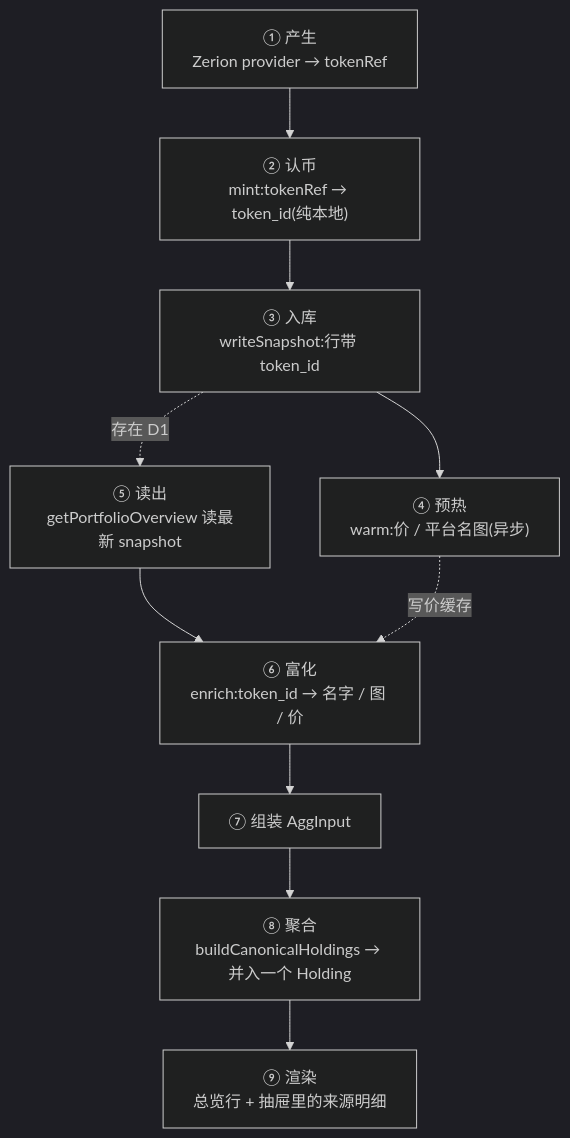
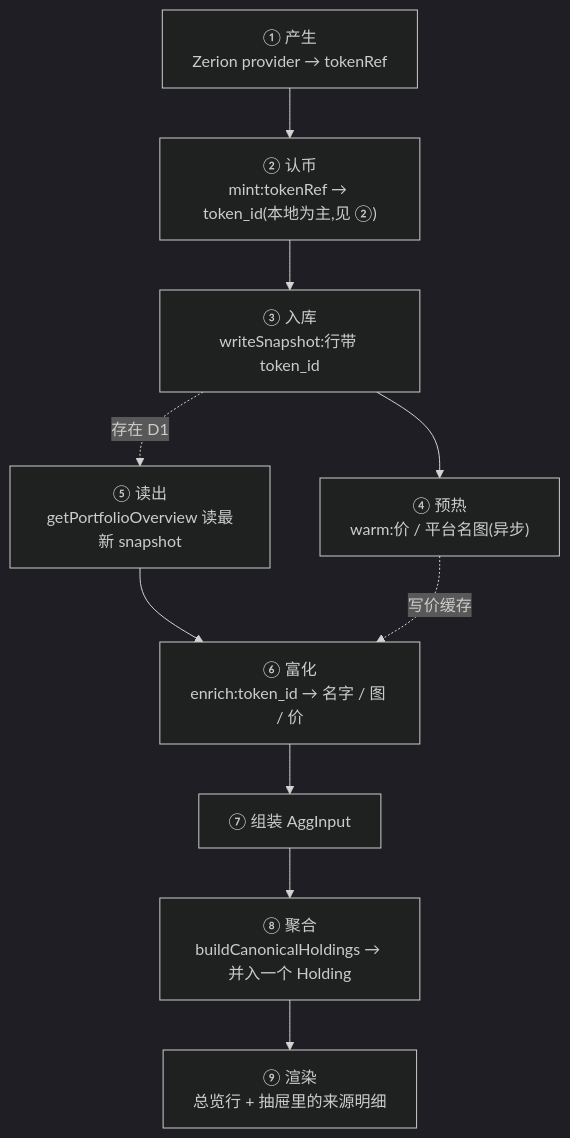
One commit to x0finch/folio2 changed the diagram in docs/architecture/02-canonical-aggregation.md. Above: the diagram before and after it, drawn with Mermaid (dark theme). The commit also changed other lines of this file and 1 other file, not shown here.

First line of the commit message:
docs(architecture): scope the "mint never hits the network" claim

````diff
--- a/docs/architecture/02-canonical-aggregation.md
+++ b/docs/architecture/02-canonical-aggregation.md
@@ -7,12 +7,12 @@
 ```mermaid
 flowchart TD
-    P["① 产生<br/>Zerion provider → tokenRef"] --> M["② 认币<br/>mint:tokenRef → token_id(纯本地)"]
+    P["① 产生<br/>Zerion provider → tokenRef"] --> M["② 认币<br/>mint:tokenRef → token_id(本地为主,见 ②)"]
     M --> S["③ 入库<br/>writeSnapshot:行带 token_id"]
     S --> W["④ 预热<br/>warm:价 / 平台名图(异步)"]
     R["⑤ 读出<br/>getPortfolioOverview 读最新 snapshot"] --> E["⑥ 富化<br/>enrich:token_id → 名字 / 图 / 价"]
     E --> AG["⑦ 组装 AggInput"]
     AG --> AGG["⑧ 聚合<br/>buildCanonicalHoldings → 并入一个 Holding"]
     AGG --> RD["⑨ 渲染<br/>总览行 + 抽屉里的来源明细"]
     S -.存在 D1.-> R
     W -.写价缓存.-> E
 ```
````
